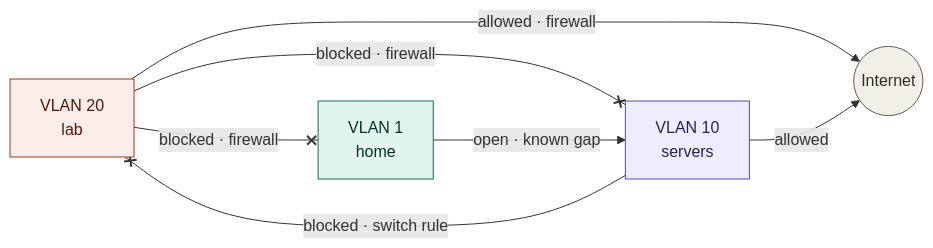
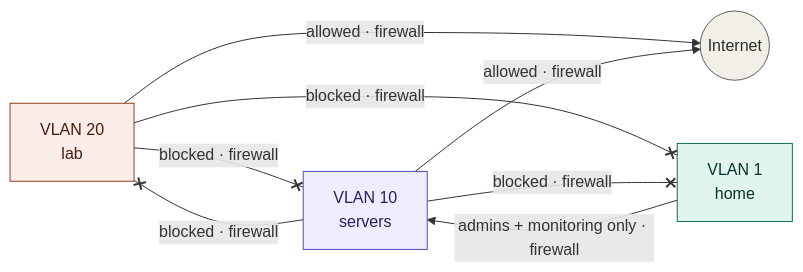
Before and after one commit to gibbsthedev/homelab: the third of 4 diagrams in README.md, drawn with Mermaid. The commit also changed other lines of this file, not shown here.

````diff
--- a/README.md
+++ b/README.md
@@ -156,23 +156,24 @@
 ```mermaid
 flowchart LR
     lab["VLAN 20<br/>lab"]
     srv["VLAN 10<br/>servers"]
     home["VLAN 1<br/>home"]
     net(("Internet"))
 
     lab -->|"allowed · firewall"| net
     lab --x|"blocked · firewall"| srv
     lab --x|"blocked · firewall"| home
-    srv -->|"allowed"| net
-    srv --x|"blocked · switch rule"| lab
-    home -->|"open · known gap"| srv
+    srv -->|"allowed · firewall"| net
+    srv --x|"blocked · firewall"| lab
+    srv --x|"blocked · firewall"| home
+    home -->|"admins + monitoring only · firewall"| srv
 
     classDef labc fill:#FAECE7,stroke:#993C1D,color:#4A1B0C
     classDef homec fill:#E1F5EE,stroke:#0F6E56,color:#04342C
     classDef srvc fill:#EEEDFE,stroke:#534AB7,color:#26215C
     classDef edge fill:#F1EFE8,stroke:#5F5E5A,color:#2C2C2A
     class lab labc
     class home homec
     class srv srvc
     class net edge
 ```
````
